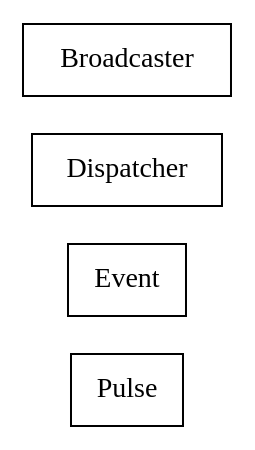
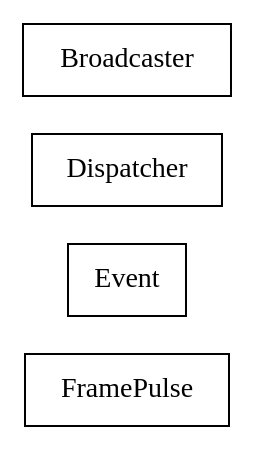
Before and after one commit to sekati/sasapi: the diagram in docs/com/sekati/events/classes.dot, drawn with Graphviz. The commit also changed 145 other files, not shown here.

```diff
--- a/docs/com/sekati/events/classes.dot
+++ b/docs/com/sekati/events/classes.dot
@@ -1,27 +1,27 @@
 strict digraph class_diagram {
   rankdir=LR;
-  TypePulse[
-    label="Pulse",
-    URL="Pulse.html",
-    tooltip="com.sekati.events.Pulse",
+  TypeFramePulse[
+    label="FramePulse",
+    URL="FramePulse.html",
+    tooltip="com.sekati.events.FramePulse",
     shape="record"
   ];
   TypeEvent[
     label="Event",
     URL="Event.html",
     tooltip="com.sekati.events.Event",
     shape="record"
   ];
   TypeDispatcher[
     label="Dispatcher",
     URL="Dispatcher.html",
     tooltip="com.sekati.events.Dispatcher",
     shape="record"
   ];
   TypeBroadcaster[
     label="Broadcaster",
     URL="Broadcaster.html",
     tooltip="com.sekati.events.Broadcaster",
     shape="record"
   ];
 }
```
